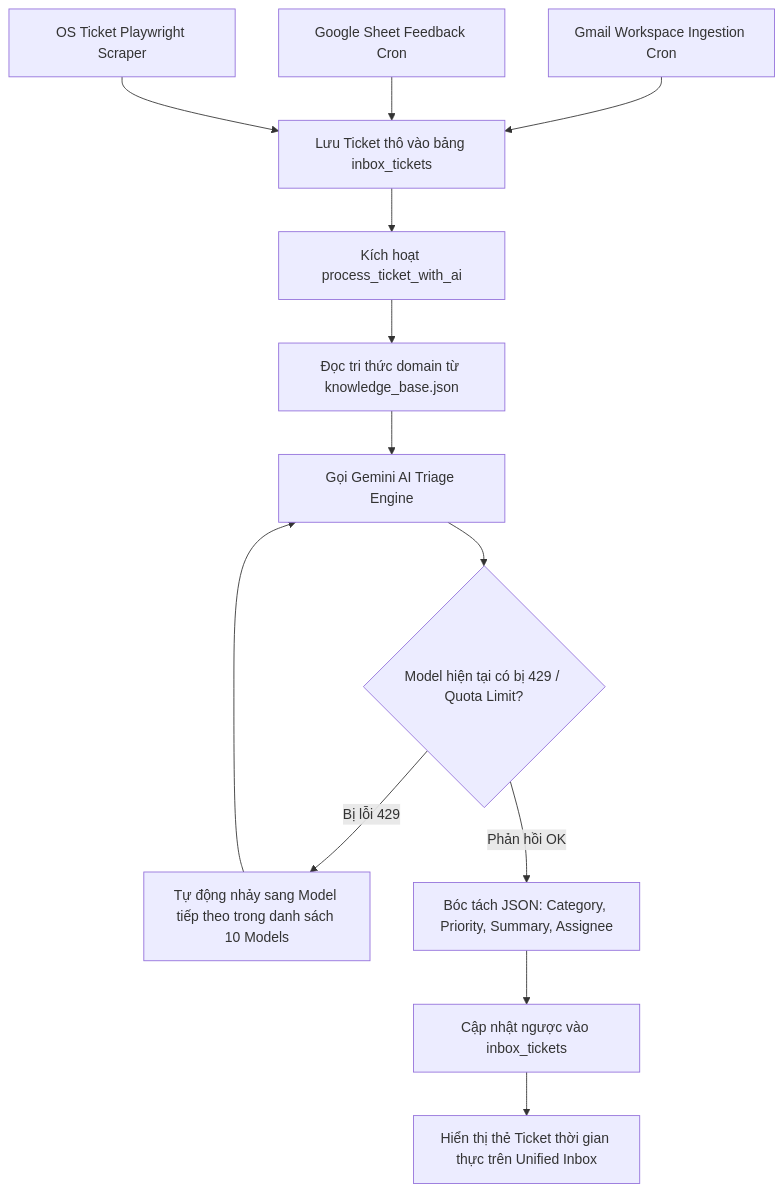
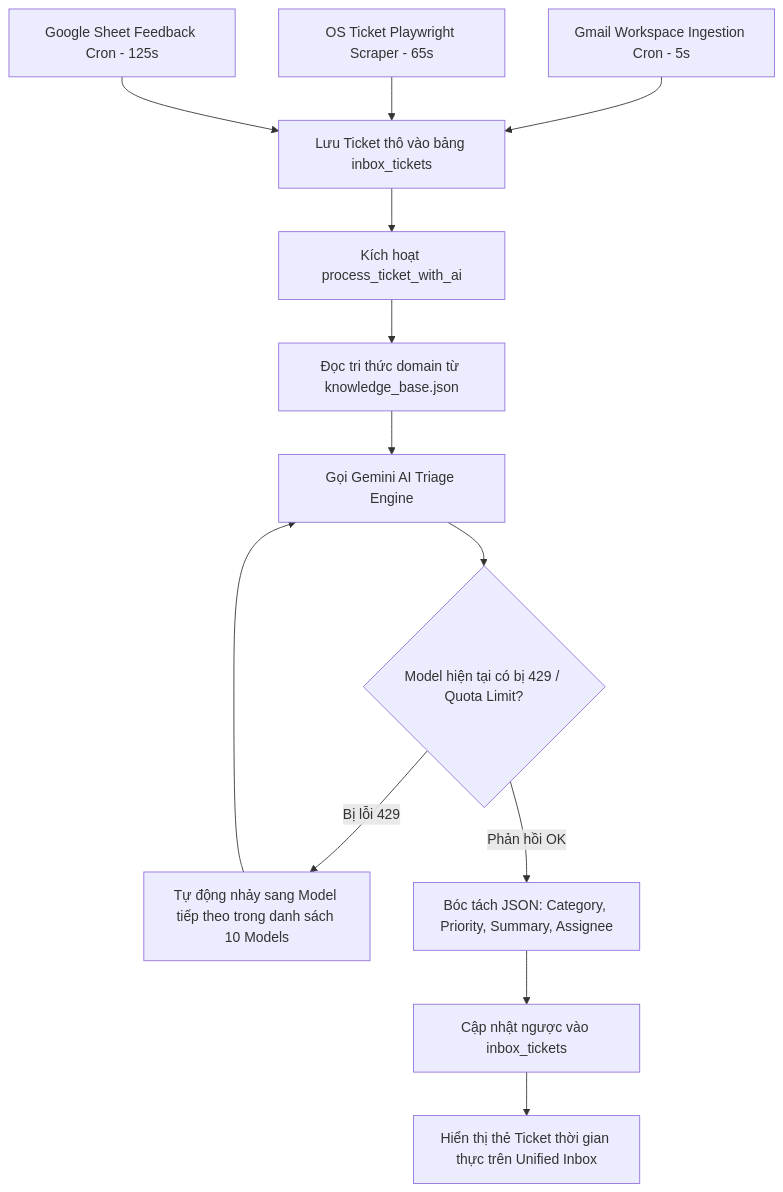
One commit to hungnm-1225/ptv-tasks-administrator changed the sixth of 10 diagrams in README.md. Above: the diagram before and after it, drawn with Mermaid. The commit also changed other lines of this file and 5 other files, not shown here.

Commit message:
feat: implement core backend infrastructure with Gemini AI integration, GitHub API endpoints, and Supabase database schema.

````diff
--- a/README.md
+++ b/README.md
@@ -715,15 +847,15 @@
 ```mermaid
 flowchart TD
-    A1[Gmail Workspace Ingestion Cron] --> B[Lưu Ticket thô vào bảng inbox_tickets]
-    A2[Google Sheet Feedback Cron] --> B
-    A3[OS Ticket Playwright Scraper] --> B
+    A1[Gmail Workspace Ingestion Cron - 5s] --> B[Lưu Ticket thô vào bảng inbox_tickets]
+    A2[OS Ticket Playwright Scraper - 65s] --> B
+    A3[Google Sheet Feedback Cron - 125s] --> B
     B --> C[Kích hoạt process_ticket_with_ai]
     C --> D[Đọc tri thức domain từ knowledge_base.json]
     D --> E[Gọi Gemini AI Triage Engine]
     E --> F{Model hiện tại có bị 429 / Quota Limit?}
     F -- Bị lỗi 429 --> G[Tự động nhảy sang Model tiếp theo trong danh sách 10 Models]
     G --> E
     F -- Phản hồi OK --> H[Bóc tách JSON: Category, Priority, Summary, Assignee]
     H --> I[Cập nhật ngược vào inbox_tickets]
     I --> J[Hiển thị thẻ Ticket thời gian thực trên Unified Inbox]
 ```
````
